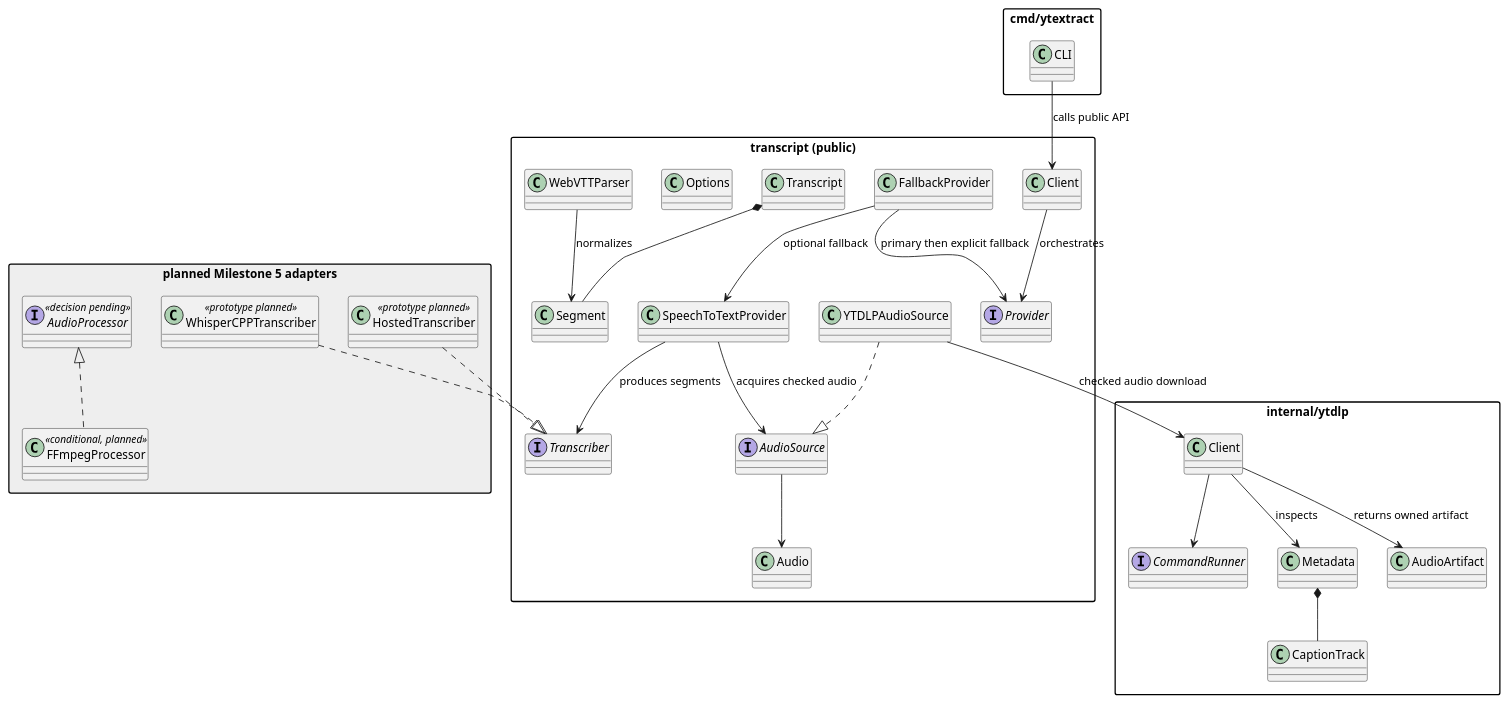
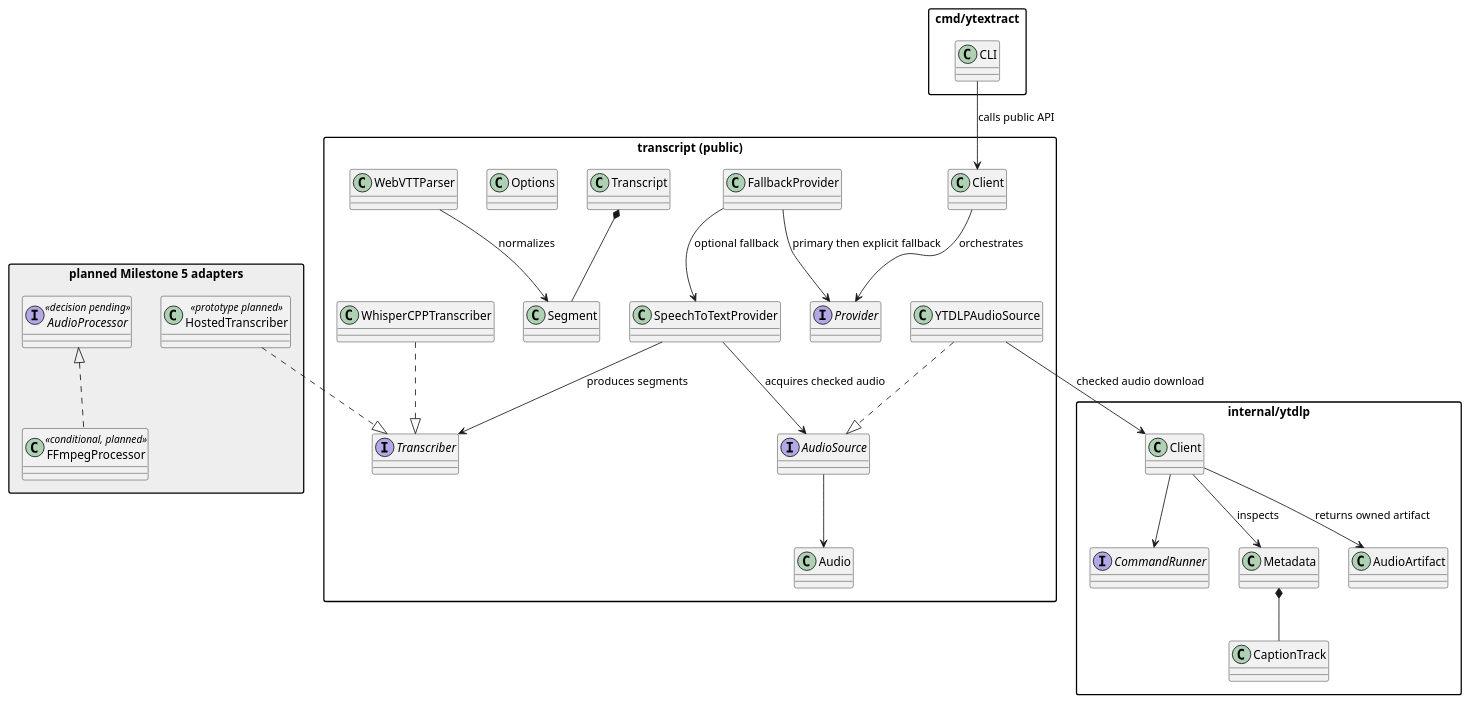
Before and after one commit to mpsanders/voxscripta: the diagram in docs/uml/packages.puml, drawn with PlantUML. The commit also changed 12 other files, not shown here.

```diff
--- a/docs/uml/packages.puml
+++ b/docs/uml/packages.puml
@@ -1,56 +1,56 @@
 @startuml
 skinparam packageStyle rectangle
 
 package "transcript (public)" {
   class Transcript
   class Segment
   class "Client" as PublicClient
   interface Provider
   class FallbackProvider
   class SpeechToTextProvider
   interface AudioSource
   class YTDLPAudioSource
   interface Transcriber
+  class WhisperCPPTranscriber
   class Audio
   class Options
   class WebVTTParser
 }
 
 package "internal/ytdlp" {
   class "Client" as YTDLPClient
   interface CommandRunner
   class Metadata
   class CaptionTrack
   class AudioArtifact
 }
 
 package "planned Milestone 5 adapters" #EEEEEE {
   interface AudioProcessor <<decision pending>>
   class FFmpegProcessor <<conditional, planned>>
-  class WhisperCPPTranscriber <<prototype planned>>
   class HostedTranscriber <<prototype planned>>
 }
 
 package "cmd/ytextract" {
   class CLI
 }
 
 CLI --> PublicClient : calls public API
 PublicClient --> Provider : orchestrates
 FallbackProvider --> Provider : primary then explicit fallback
 FallbackProvider --> SpeechToTextProvider : optional fallback
 SpeechToTextProvider --> AudioSource : acquires checked audio
 SpeechToTextProvider --> Transcriber : produces segments
 AudioSource --> Audio
 YTDLPAudioSource ..|> AudioSource
 YTDLPAudioSource --> YTDLPClient : checked audio download
 YTDLPClient --> AudioArtifact : returns owned artifact
 AudioProcessor <|.. FFmpegProcessor
 WhisperCPPTranscriber ..|> Transcriber
 HostedTranscriber ..|> Transcriber
 YTDLPClient --> CommandRunner
 YTDLPClient --> Metadata : inspects
 Metadata *-- CaptionTrack
 Transcript *-- Segment
 WebVTTParser --> Segment : normalizes
 @enduml
```
